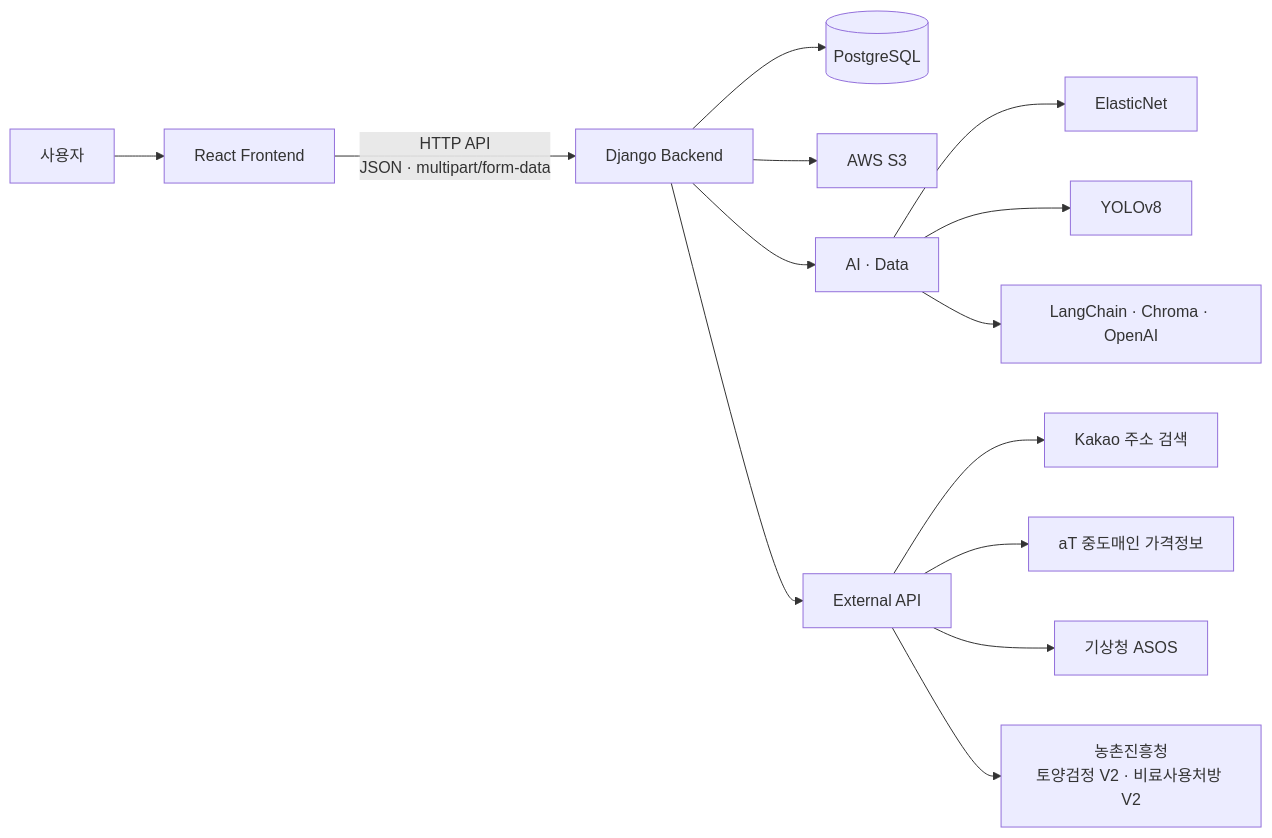
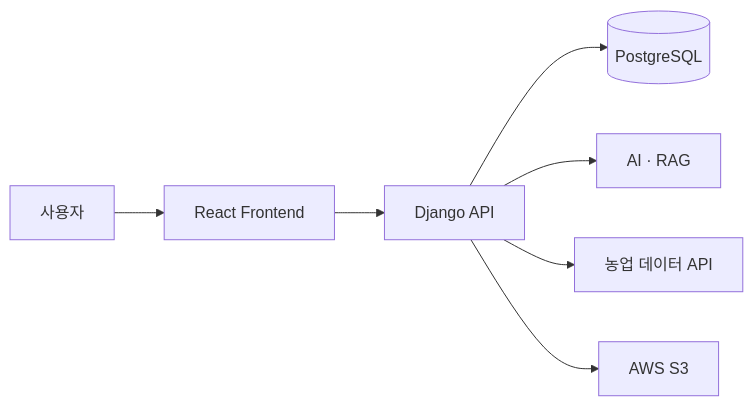
The diagram in README.md (minjuko/farm-copilot), drawn with Mermaid before and after one commit. The commit also changed other lines of this file, not shown here.

````diff
--- a/README.md
+++ b/README.md
@@ -93,20 +116,9 @@
 ```mermaid
 flowchart LR
     U["사용자"] --> F["React Frontend"]
-    F -->|"HTTP API<br/>JSON · multipart/form-data"| D["Django Backend"]
-
+    F --> D["Django API"]
     D --> DB[("PostgreSQL")]
-    D --> ST["AWS S3"]
-
-    D --> AI["AI · Data"]
-    D --> EXT["External API"]
-
-    AI --> EN["ElasticNet"]
-    AI --> YOLO["YOLOv8"]
-    AI --> RAG["LangChain · Chroma · OpenAI"]
-
-    EXT --> K["Kakao 주소 검색"]
-    EXT --> AT["aT 중도매인 가격정보"]
-    EXT --> W["기상청 ASOS"]
-    EXT --> SOIL["농촌진흥청<br/>토양검정 V2 · 비료사용처방 V2"]
+    D --> AI["AI · RAG"]
+    D --> EXT["농업 데이터 API"]
+    D --> S["AWS S3"]
 ```
````
